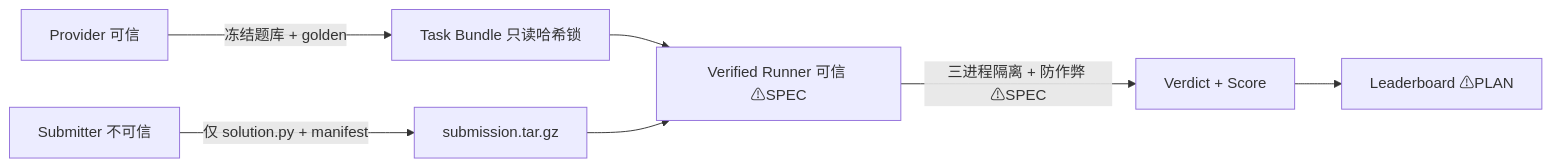
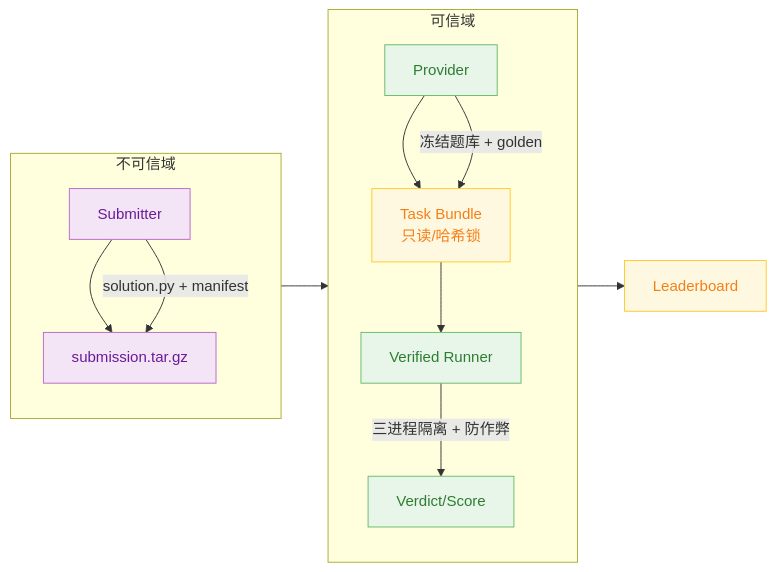
Before and after one commit to Gxj230958/TritonAscendBench: the second of 11 diagrams in docs/DESIGN.md, drawn with Mermaid. The commit also changed other lines of this file and 243 other files, not shown here.

````diff
--- a/docs/DESIGN.md
+++ b/docs/DESIGN.md
@@ -167,9 +165,25 @@
 ```mermaid
 flowchart LR
-    P["Provider 可信"] -->|冻结题库 + golden| TBND["Task Bundle 只读哈希锁"]
-    S["Submitter 不可信"] -->|仅 solution.py + manifest| PKG["submission.tar.gz"]
-    TBND --> R["Verified Runner 可信 ⚠SPEC"]
+    subgraph TRUST["可信域"]
+        direction TB
+        P["Provider"] --> TBND["Task Bundle<br/>只读/哈希锁"]
+        R["Verified Runner"]
+        V["Verdict/Score"]
+    end
+    subgraph UNTRUST["不可信域"]
+        direction TB
+        S["Submitter"] --> PKG["submission.tar.gz"]
+    end
+    TBND --> R
     PKG --> R
-    R -->|三进程隔离 + 防作弊 ⚠SPEC| V["Verdict + Score"]
-    V --> BD["Leaderboard ⚠PLAN"]
+    R -->|"三进程隔离 + 防作弊"| V
+    V --> BD["Leaderboard"]
+    P -->|"冻结题库 + golden"| TBND
+    S -->|"solution.py + manifest"| PKG
+    classDef trust fill:#E8F5E9,stroke:#66BB6A,color:#2E7D32;
+    classDef untrust fill:#F3E5F5,stroke:#BA68C8,color:#6A1B9A;
+    classDef data fill:#FFF8E1,stroke:#FFCA28,color:#F57F17;
+    class P,R,V trust;
+    class S,PKG untrust;
+    class TBND,BD data;
 ```
````
